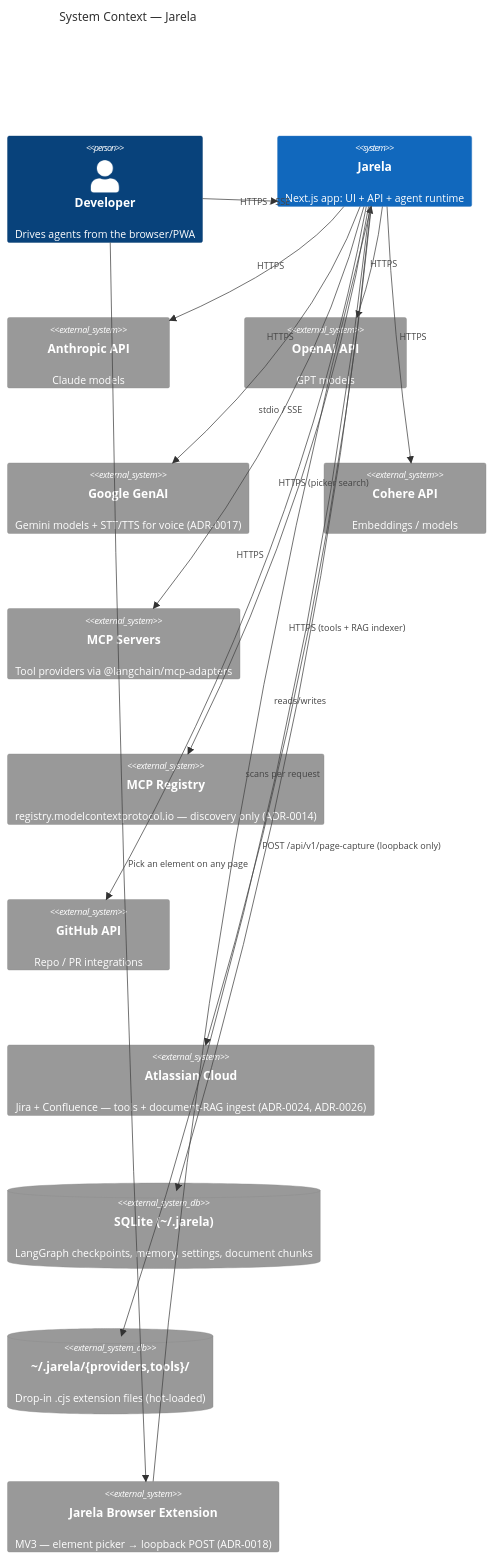
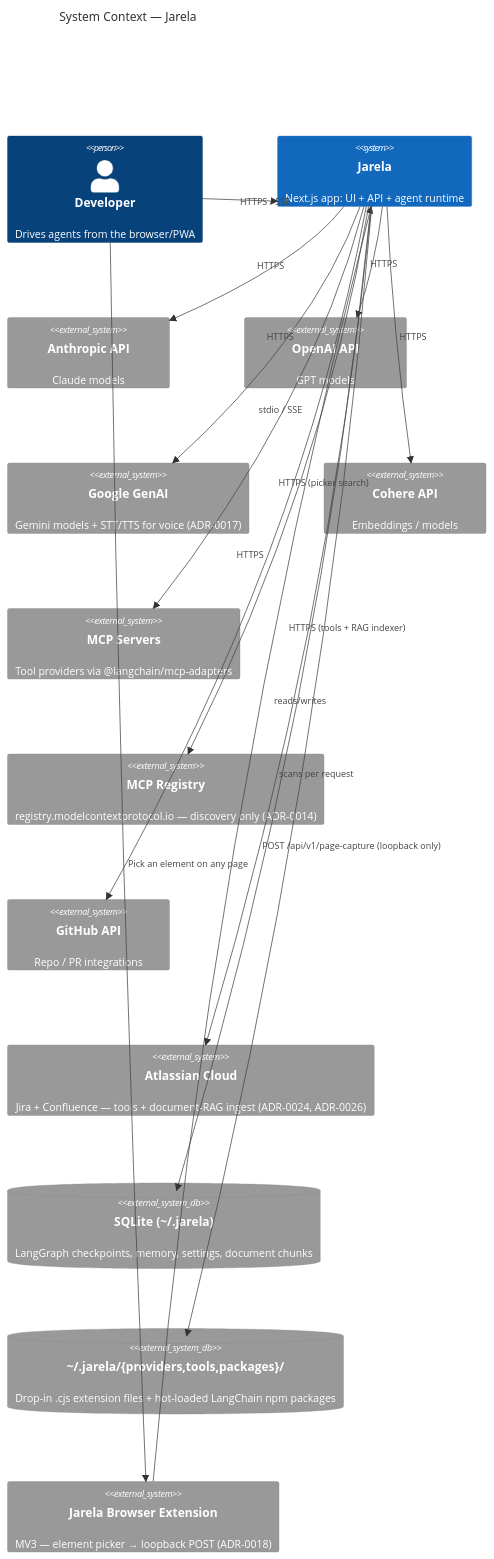
One commit to CircuitWall/jarela changed the diagram in README.md. Above: the diagram before and after it, drawn with Mermaid. The commit also changed other lines of this file and 8 other files, not shown here.

````diff
--- a/README.md
+++ b/README.md
@@ -838,31 +870,31 @@
 ```mermaid
 C4Context
     title System Context — Jarela
     Person(user, "Developer", "Drives agents from the browser/PWA")
     System(jarela, "Jarela", "Next.js app: UI + API + agent runtime")
     System_Ext(anthropic, "Anthropic API", "Claude models")
     System_Ext(openai, "OpenAI API", "GPT models")
     System_Ext(google, "Google GenAI", "Gemini models + STT/TTS for voice (ADR-0017)")
     System_Ext(cohere, "Cohere API", "Embeddings / models")
     System_Ext(mcp, "MCP Servers", "Tool providers via @langchain/mcp-adapters")
     System_Ext(mcpreg, "MCP Registry", "registry.modelcontextprotocol.io — discovery only (ADR-0014)")
     System_Ext(github, "GitHub API", "Repo / PR integrations")
     System_Ext(atlassian, "Atlassian Cloud", "Jira + Confluence — tools + document-RAG ingest (ADR-0024, ADR-0026)")
     SystemDb_Ext(sqlite, "SQLite (~/.jarela)", "LangGraph checkpoints, memory, settings, document chunks")
-    SystemDb_Ext(extdir, "~/.jarela/{providers,tools}/", "Drop-in .cjs extension files (hot-loaded)")
+    SystemDb_Ext(extdir, "~/.jarela/{providers,tools,packages}/", "Drop-in .cjs extension files + hot-loaded LangChain npm packages")
     System_Ext(browserext, "Jarela Browser Extension", "MV3 — element picker → loopback POST (ADR-0018)")
 
     Rel(user, jarela, "HTTPS / SSE")
     Rel(user, browserext, "Pick an element on any page")
     Rel(browserext, jarela, "POST /api/v1/page-capture (loopback only)")
     Rel(jarela, anthropic, "HTTPS")
     Rel(jarela, openai, "HTTPS")
     Rel(jarela, google, "HTTPS")
     Rel(jarela, cohere, "HTTPS")
     Rel(jarela, mcp, "stdio / SSE")
     Rel(jarela, mcpreg, "HTTPS (picker search)")
     Rel(jarela, github, "HTTPS")
     Rel(jarela, atlassian, "HTTPS (tools + RAG indexer)")
     Rel(jarela, sqlite, "reads/writes")
     Rel(jarela, extdir, "scans per request")
 ```
````
